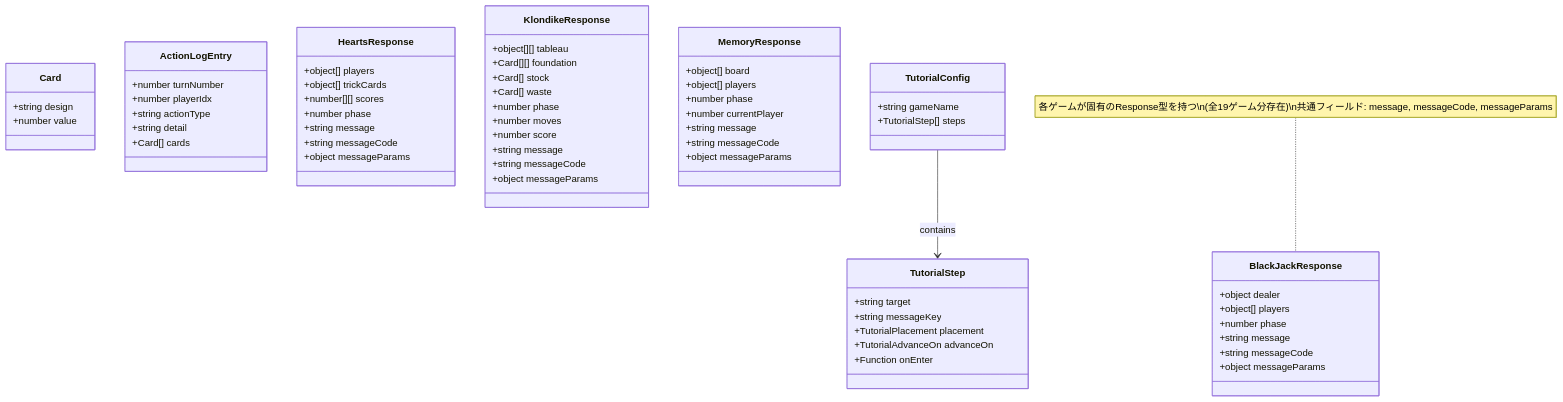
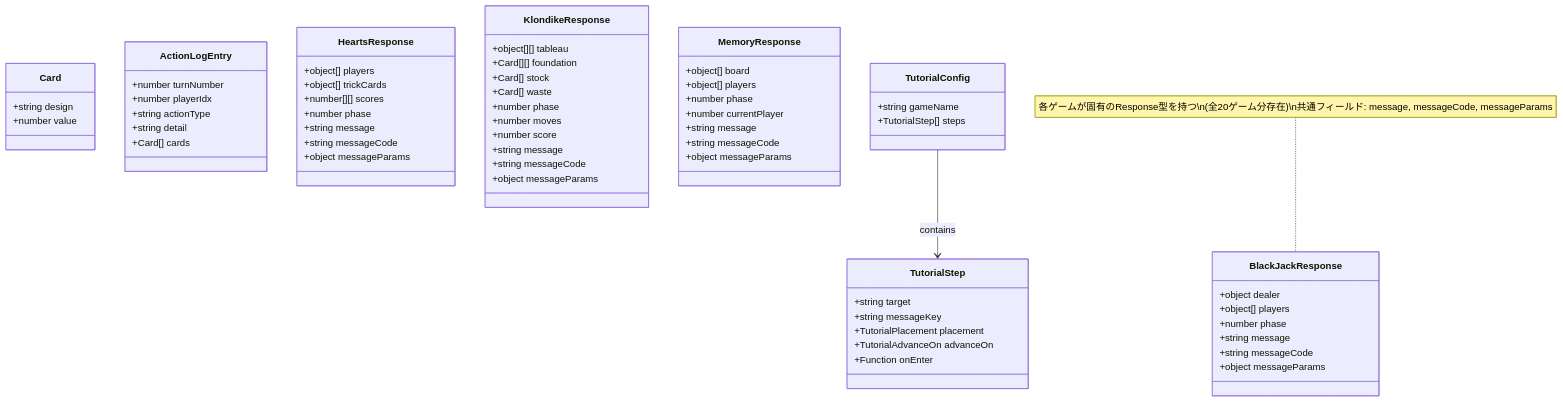
One commit to yuta-yoshinaga/go_trumpcards changed the first of 18 diagrams in docs/design/frontend.md. Above: the diagram before and after it, drawn with Mermaid. The commit also changed other lines of this file and 50 other files, not shown here.

````diff
--- a/docs/design/frontend.md
+++ b/docs/design/frontend.md
@@ -33,74 +34,74 @@
 ```mermaid
 classDiagram
     class Card {
         +string design
         +number value
     }
 
     class ActionLogEntry {
         +number turnNumber
         +number playerIdx
         +string actionType
         +string detail
         +Card[] cards
     }
 
     class BlackJackResponse {
         +object dealer
         +object[] players
         +number phase
         +string message
         +string messageCode
         +object messageParams
     }
 
     class HeartsResponse {
         +object[] players
         +object[] trickCards
         +number[][] scores
         +number phase
         +string message
         +string messageCode
         +object messageParams
     }
 
     class KlondikeResponse {
         +object[][] tableau
         +Card[][] foundation
         +Card[] stock
         +Card[] waste
         +number phase
         +number moves
         +number score
         +string message
         +string messageCode
         +object messageParams
     }
 
     class MemoryResponse {
         +object[] board
         +object[] players
         +number phase
         +number currentPlayer
         +string message
         +string messageCode
         +object messageParams
     }
 
     class TutorialStep {
         +string target
         +string messageKey
         +TutorialPlacement placement
         +TutorialAdvanceOn advanceOn
         +Function onEnter
     }
 
     class TutorialConfig {
         +string gameName
         +TutorialStep[] steps
     }
 
     TutorialConfig --> TutorialStep : contains
 
-    note for BlackJackResponse "各ゲームが固有のResponse型を持つ\n(全19ゲーム分存在)\n共通フィールド: message, messageCode, messageParams"
+    note for BlackJackResponse "各ゲームが固有のResponse型を持つ\n(全20ゲーム分存在)\n共通フィールド: message, messageCode, messageParams"
 ```
````
